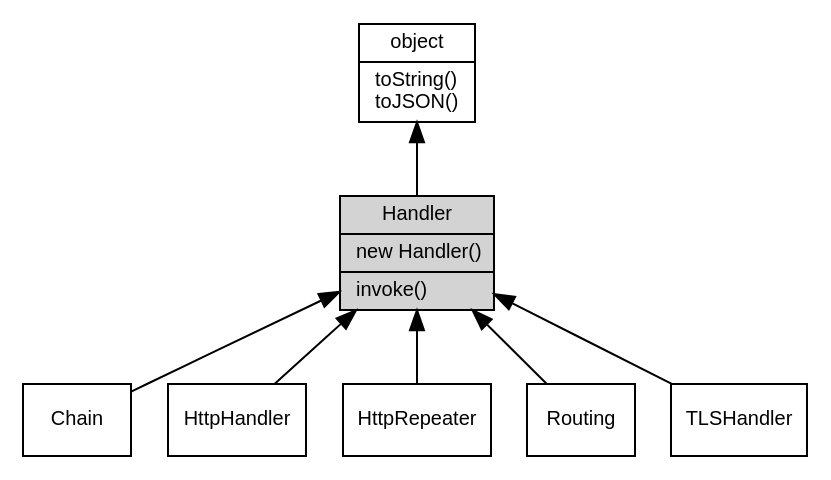
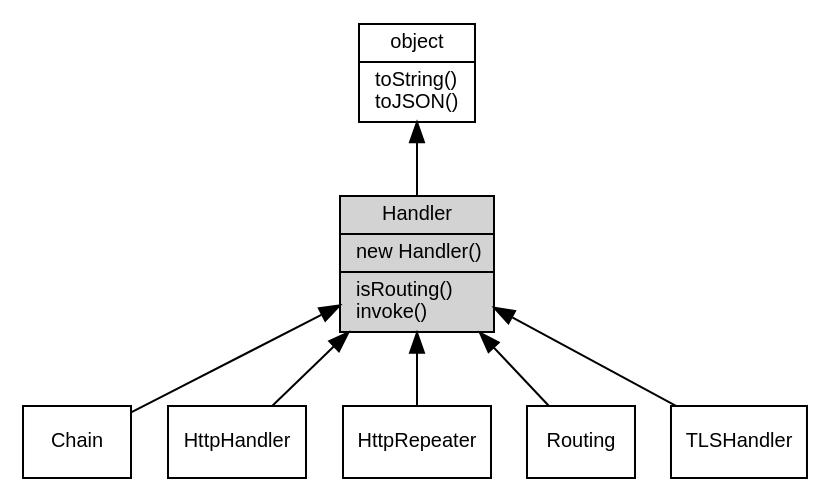
The diagram in docs/manual/object/ifs/Handler.md (fibjs/fibjs.org), drawn with Graphviz before and after one commit. The commit also changed other lines of this file and 63 other files, not shown here.

````diff
--- a/docs/manual/object/ifs/Handler.md
+++ b/docs/manual/object/ifs/Handler.md
@@ -5,20 +5,20 @@
 ```dot
 digraph {
     node [fontname="Helvetica,sans-Serif", fontsize=10, shape="record", style="filled", fillcolor="white"];
 
     object [tooltip="object", URL="object.md", label="{object|toString()\ltoJSON()\l}"];
-    Handler [tooltip="Handler", fillcolor="lightgray", id="me", label="{Handler|new Handler()\l|invoke()\l}"];
+    Handler [tooltip="Handler", fillcolor="lightgray", id="me", label="{Handler|new Handler()\l|isRouting()\linvoke()\l}"];
     Chain [tooltip="Chain", URL="Chain.md", label="{Chain}"];
     HttpHandler [tooltip="HttpHandler", URL="HttpHandler.md", label="{HttpHandler}"];
     HttpRepeater [tooltip="HttpRepeater", URL="HttpRepeater.md", label="{HttpRepeater}"];
     Routing [tooltip="Routing", URL="Routing.md", label="{Routing}"];
     TLSHandler [tooltip="TLSHandler", URL="TLSHandler.md", label="{TLSHandler}"];
 
     object -> Handler [dir=back];
     Handler -> Chain [dir=back];
     Handler -> HttpHandler [dir=back];
     Handler -> HttpRepeater [dir=back];
     Handler -> Routing [dir=back];
     Handler -> TLSHandler [dir=back];
 }
 ```
````
